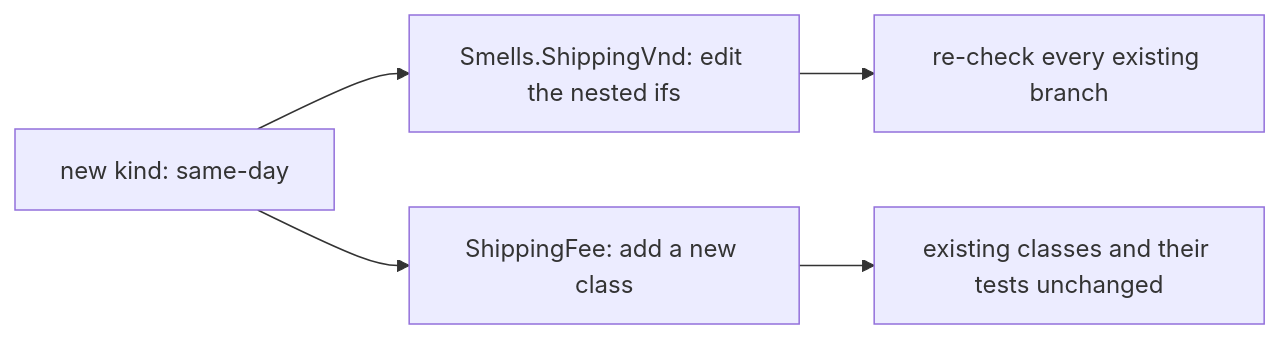
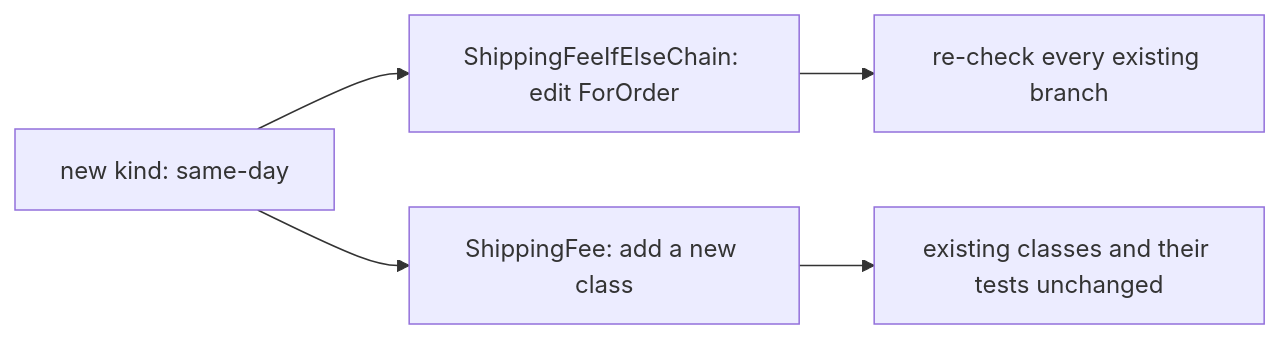
One commit to duyan11110/lo-trinh-architect changed the diagram in content/tracks/design/solid/design.l1.solid-ocp.en.md. Above: the diagram before and after it, drawn with Mermaid. The commit also changed other lines of this file and 6 other files, not shown here.

````diff
--- a/content/tracks/design/solid/design.l1.solid-ocp.en.md
+++ b/content/tracks/design/solid/design.l1.solid-ocp.en.md
@@ -39,7 +39,7 @@
 ```mermaid
 flowchart LR
-  R[new kind: same-day] --> A[Smells.ShippingVnd: edit the nested ifs]
+  R[new kind: same-day] --> A[ShippingFeeIfElseChain: edit ForOrder]
   R --> B[ShippingFee: add a new class]
   A --> T1[re-check every existing branch]
   B --> T2[existing classes and their tests unchanged]
 ```
````
